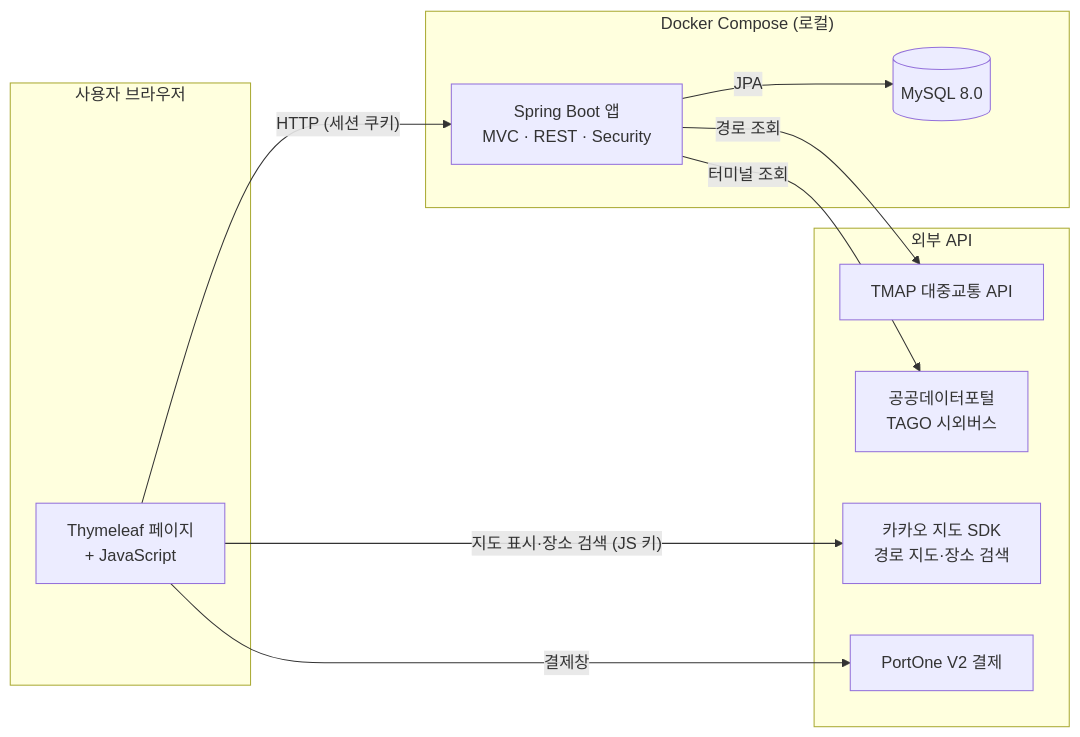
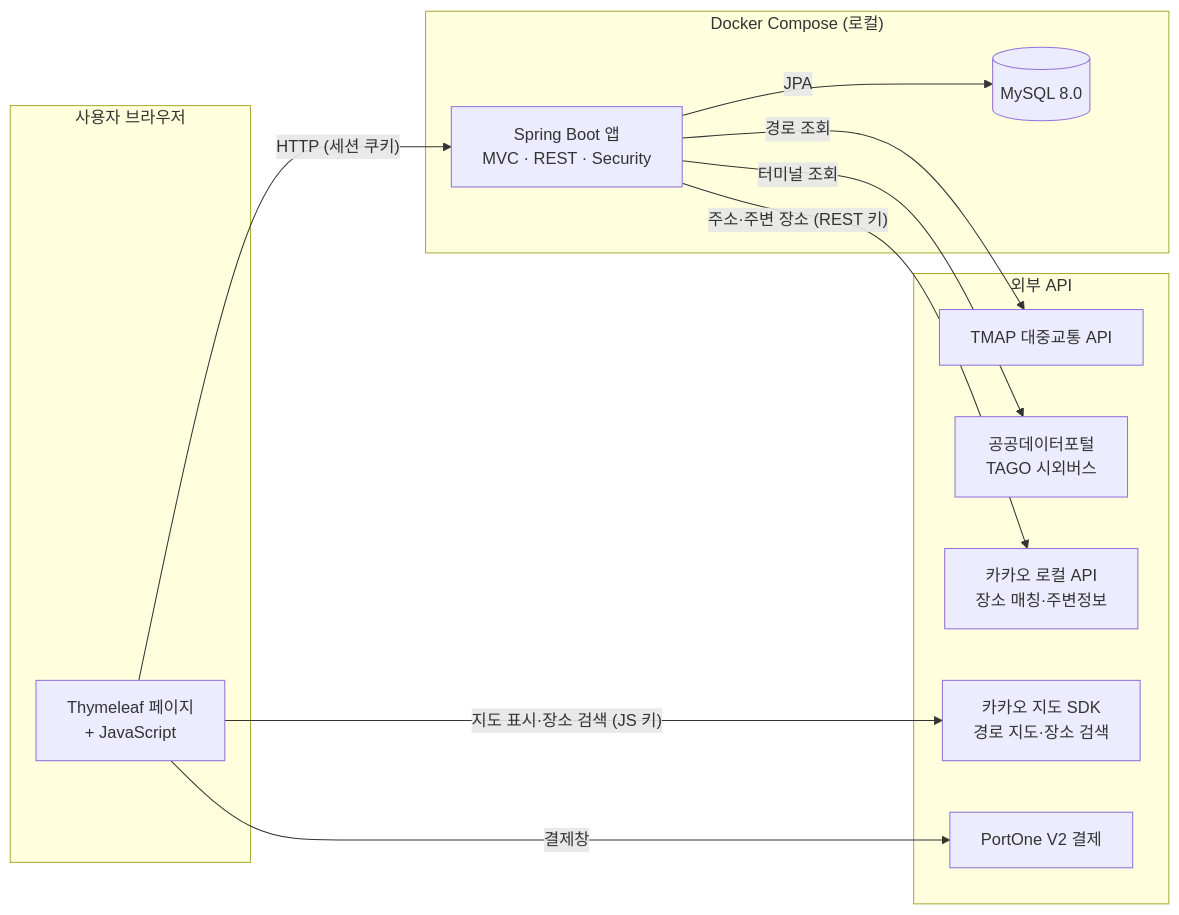
The first of 2 diagrams in README.md (kimyeongbin-dev/mobillax-v2), drawn with Mermaid before and after one commit. The commit also changed other lines of this file and 2 other files, not shown here.

Commit message:
docs: v2.7 홈 메뉴 문서화
README 주요 기능·구성도, SECURITY_RULES S10 주변정보, CONTRIBUTING 공용 경로 요약을 갱신한다.

````diff
--- a/README.md
+++ b/README.md
@@ -69,25 +71,27 @@
 ```mermaid
 flowchart LR
     subgraph Client["사용자 브라우저"]
         UI["Thymeleaf 페이지<br/>+ JavaScript"]
     end
 
     subgraph Local["Docker Compose (로컬)"]
         App["Spring Boot 앱<br/>MVC · REST · Security"]
         DB[("MySQL 8.0")]
     end
 
     subgraph External["외부 API"]
         TmapREST["TMAP 대중교통 API"]
         KakaoSDK["카카오 지도 SDK<br/>경로 지도·장소 검색"]
+        KakaoREST["카카오 로컬 API<br/>장소 매칭·주변정보"]
         PortOne["PortOne V2 결제"]
         DataGo["공공데이터포털<br/>TAGO 시외버스"]
     end
 
     UI -- "HTTP (세션 쿠키)" --> App
     App -- "JPA" --> DB
     App -- "경로 조회" --> TmapREST
     App -- "터미널 조회" --> DataGo
+    App -- "주소·주변 장소 (REST 키)" --> KakaoREST
     UI -- "지도 표시·장소 검색 (JS 키)" --> KakaoSDK
     UI -- "결제창" --> PortOne
 ```
````
